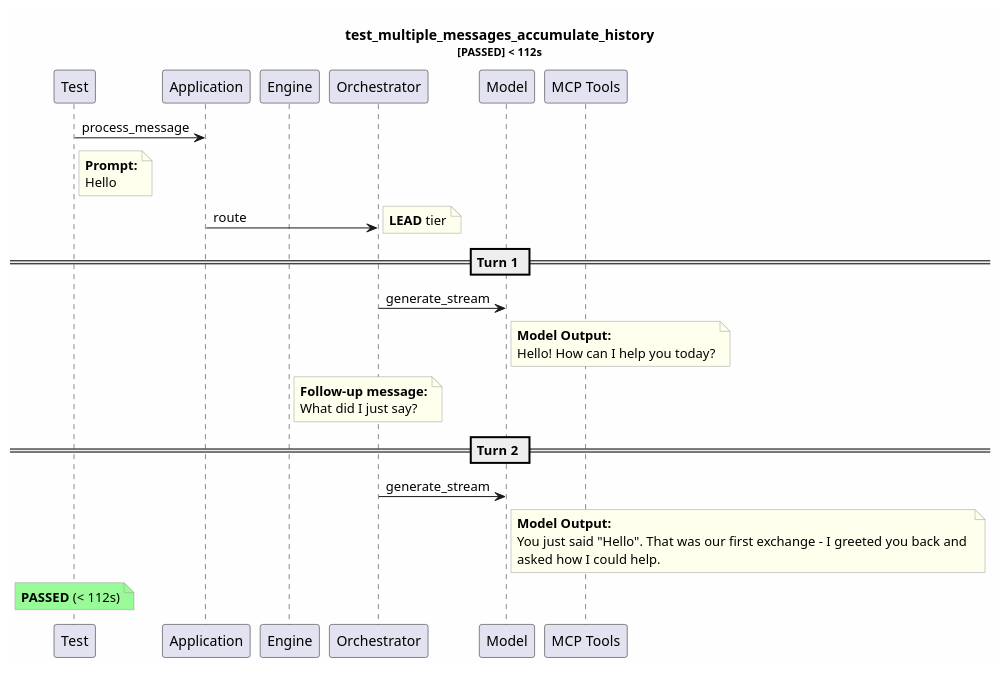
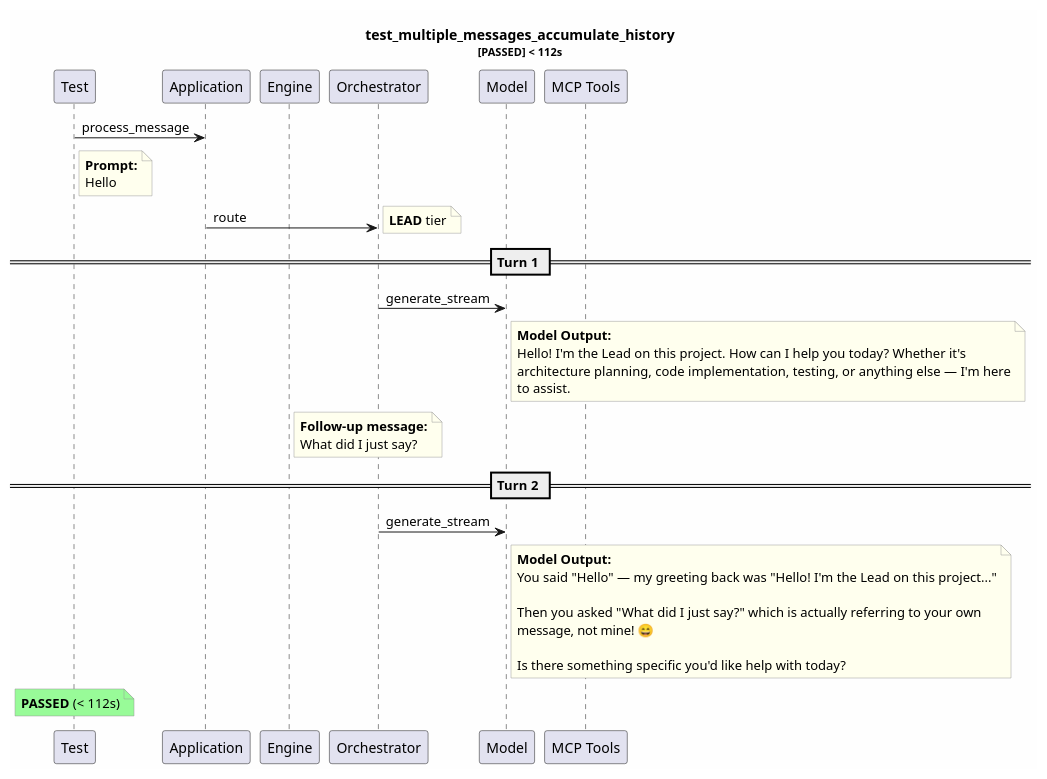
One commit to tvanfossen/entropic changed the diagram in test-reports/logs/test_multiple_messages_accumulate_history/test_multiple_messages_accumulate_history.puml. Above: the diagram before and after it, drawn with PlantUML. The commit also changed 12 other files, not shown here.

```diff
--- a/test-reports/logs/test_multiple_messages_accumulate_history/test_multiple_messages_accumulate_history.puml
+++ b/test-reports/logs/test_multiple_messages_accumulate_history/test_multiple_messages_accumulate_history.puml
@@ -1,42 +1,48 @@
 @startuml
 skinparam backgroundColor #FEFEFE
 skinparam noteBorderColor #999999
 skinparam noteBackgroundColor #FFFFEE
 title test_multiple_messages_accumulate_history\n<size:11>[PASSED] < 112s</size>
 
 participant "Test" as T
 participant "Application" as App
 participant "Engine" as Eng
 participant "Orchestrator" as Orch
 participant "Model" as Mdl
 participant "MCP Tools" as MCP
 
 T -> App: process_message
 note right of T
   **Prompt:**
   Hello
 end note
 App -> Orch: route
 note right: **LEAD** tier
 == Turn 1 ==
 Orch -> Mdl: generate_stream
 note right of Mdl
   **Model Output:**
-  Hello! How can I help you today?
+  Hello! I'm the Lead on this project. How can I help you today? Whether it's 
+  architecture planning, code implementation, testing, or anything else — I'm here
+  to assist.
 end note
 note right of Eng
   **Follow-up message:**
   What did I just say?
 end note
 == Turn 2 ==
 Orch -> Mdl: generate_stream
 note right of Mdl
   **Model Output:**
-  You just said "Hello". That was our first exchange - I greeted you back and 
-  asked how I could help.
+  You said "Hello" — my greeting back was "Hello! I'm the Lead on this project..."
+  
+  Then you asked "What did I just say?" which is actually referring to your own 
+  message, not mine! 😄
+  
+  Is there something specific you'd like help with today?
 end note
 note over T #palegreen
   **PASSED** (< 112s)
 end note
 
 @enduml
```
